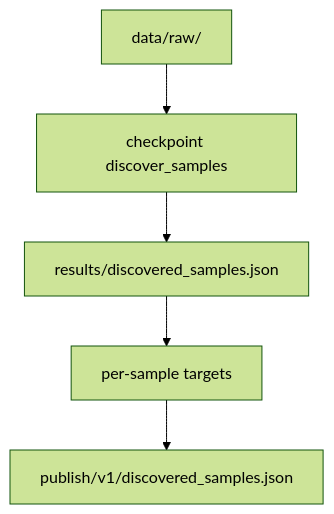
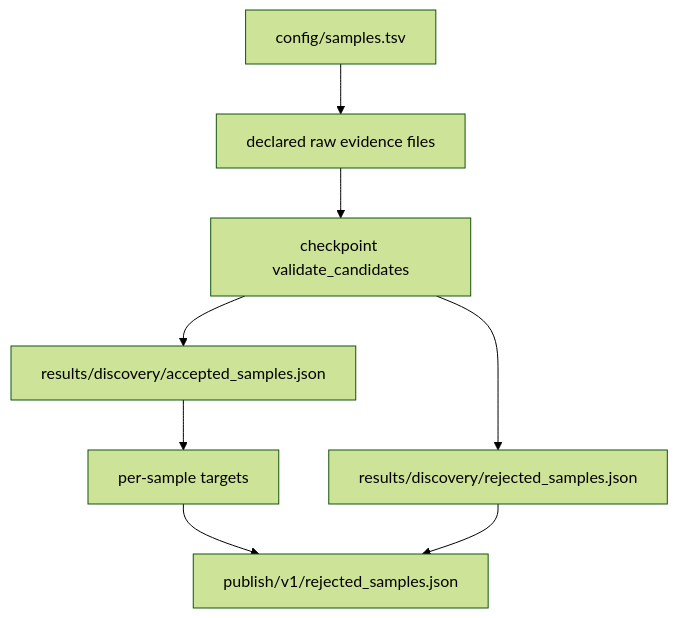
One commit to bijux/bijux-masterclass changed the diagram in programs/reproducible-research/deep-dive-snakemake/course-book/module-02-dynamic-dags-discovery-integrity/checkpoints-and-reviewed-dag-changes.md. Above: the diagram before and after it, drawn with Mermaid (forest theme). The commit also changed other lines of this file, not shown here.

Commit message:
docs(snakemake): align checkpoint lesson with reviewed discovery

````diff
--- a/programs/reproducible-research/deep-dive-snakemake/course-book/module-02-dynamic-dags-discovery-integrity/checkpoints-and-reviewed-dag-changes.md
+++ b/programs/reproducible-research/deep-dive-snakemake/course-book/module-02-dynamic-dags-discovery-integrity/checkpoints-and-reviewed-dag-changes.md
@@ -131,7 +131,10 @@
 ```mermaid
 flowchart TD
-  raw["data/raw/"] --> checkpoint["checkpoint discover_samples"]
-  checkpoint --> registry["results/discovered_samples.json"]
-  registry --> fanout["per-sample targets"]
-  fanout --> publish["publish/v1/discovered_samples.json"]
+  manifest["config/samples.tsv"] --> raw["declared raw evidence files"]
+  raw --> checkpoint["checkpoint validate_candidates"]
+  checkpoint --> accepted["results/discovery/accepted_samples.json"]
+  checkpoint --> rejected["results/discovery/rejected_samples.json"]
+  accepted --> fanout["per-sample targets"]
+  fanout --> publish["publish/v1/accepted_samples.json"]
+  rejected --> publish["publish/v1/rejected_samples.json"]
 ```
````
